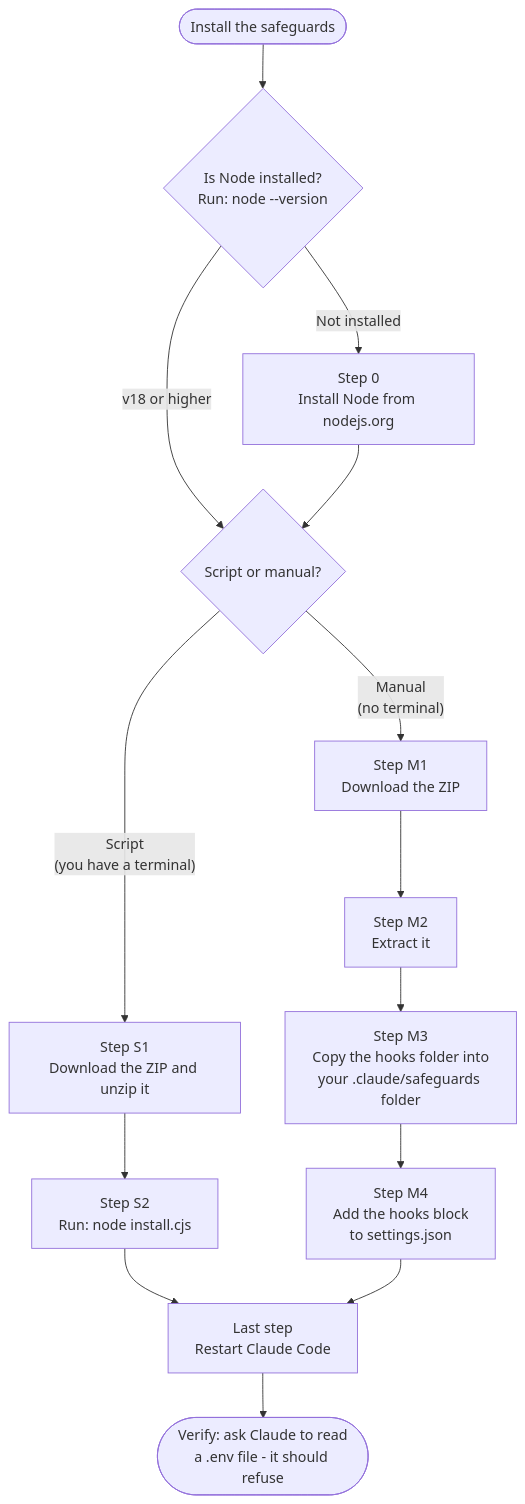
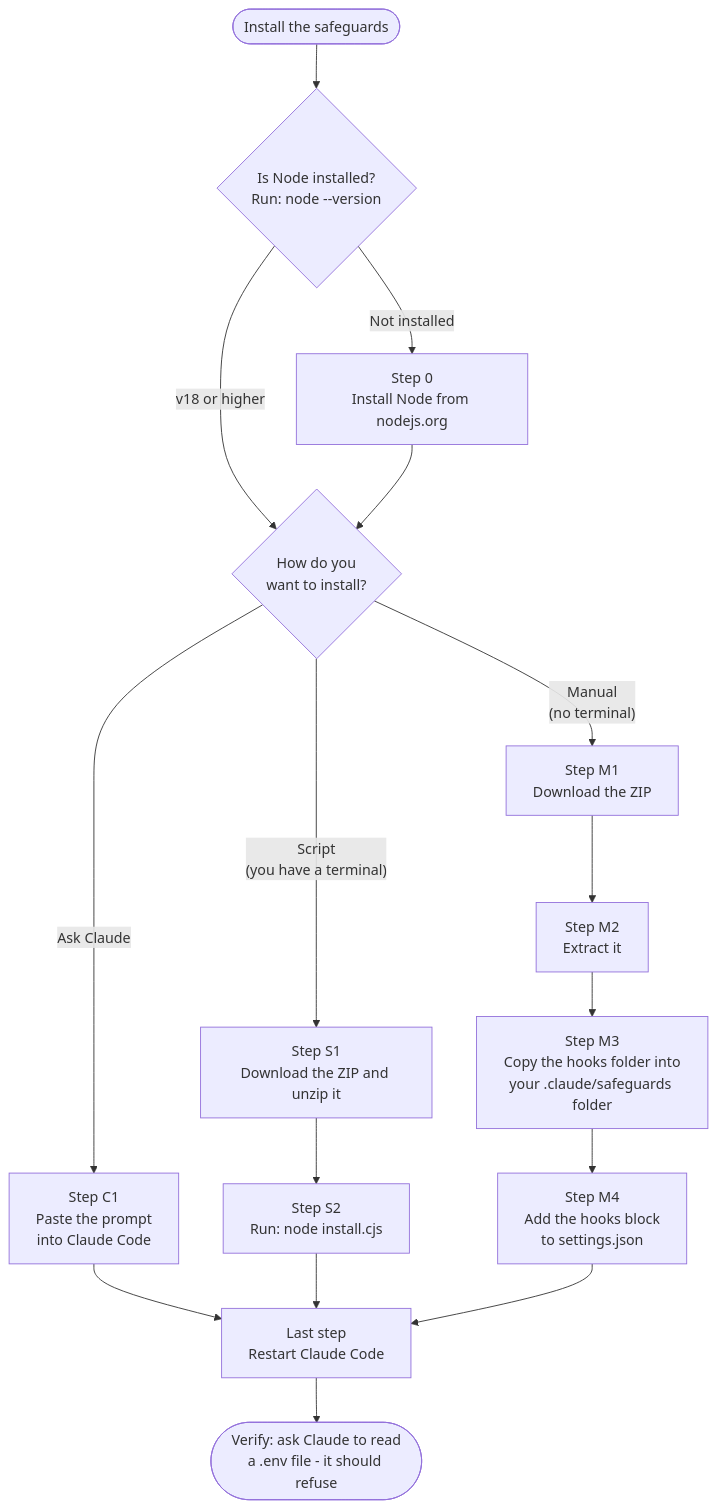
One commit to thecrmfirm/claude_safeguards changed the diagram in README.md. Above: the diagram before and after it, drawn with Mermaid. The commit also changed other lines of this file, not shown here.

````diff
--- a/README.md
+++ b/README.md
@@ -27,19 +30,22 @@
 ```mermaid
 flowchart TD
     START([Install the safeguards]) --> NODE{"Is Node installed?<br/>Run: node --version"}
-    NODE -- "v18 or higher" --> CHOICE{"Script or manual?"}
+    NODE -- "v18 or higher" --> CHOICE{"How do you<br/>want to install?"}
     NODE -- "Not installed" --> STEP0["Step 0<br/>Install Node from nodejs.org"]
     STEP0 --> CHOICE
+
+    CHOICE -- "Ask Claude" --> C1["Step C1<br/>Paste the prompt<br/>into Claude Code"]
+    C1 --> RESTART
 
     CHOICE -- "Script<br/>(you have a terminal)" --> S1["Step S1<br/>Download the ZIP and unzip it"]
     S1 --> S2["Step S2<br/>Run: node install.cjs"]
     S2 --> RESTART
 
     CHOICE -- "Manual<br/>(no terminal)" --> M1["Step M1<br/>Download the ZIP"]
     M1 --> M2["Step M2<br/>Extract it"]
     M2 --> M3["Step M3<br/>Copy the hooks folder into<br/>your .claude/safeguards folder"]
     M3 --> M4["Step M4<br/>Add the hooks block<br/>to settings.json"]
     M4 --> RESTART
 
     RESTART["Last step<br/>Restart Claude Code"] --> VERIFY([Verify: ask Claude to read<br/>a .env file - it should refuse])
 ```
````
